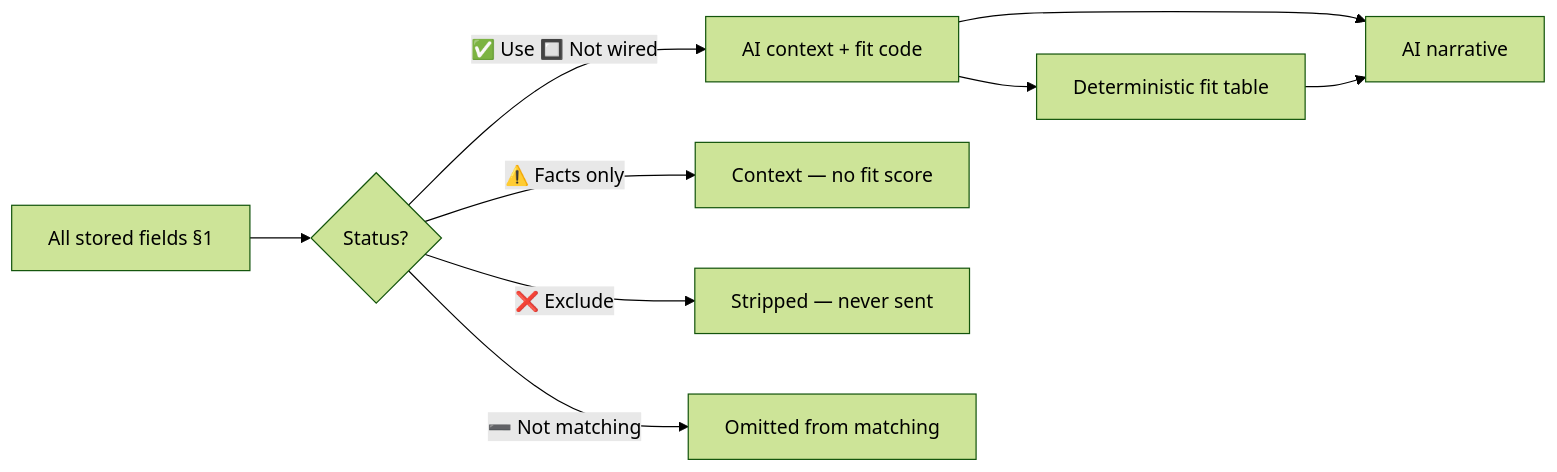
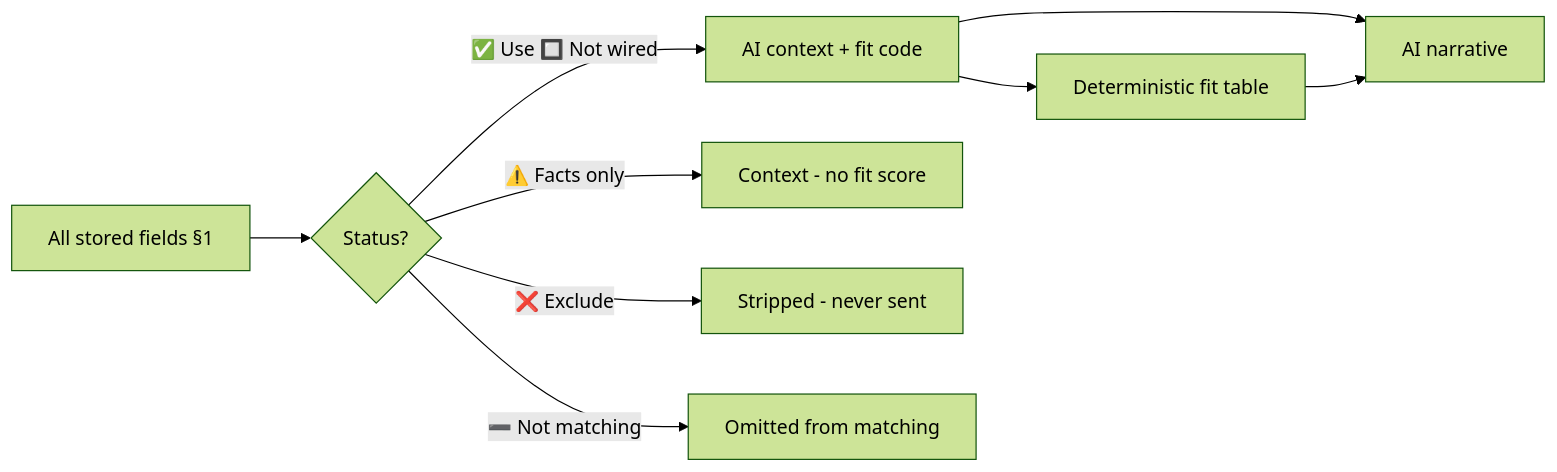
Before and after one commit to robertsalta-wq/quni-living: the diagram in docs/ai-matching-criteria-policy.md, drawn with Mermaid (forest theme). The commit also changed other lines of this file and 393 other files, not shown here.

````diff
--- a/docs/ai-matching-criteria-policy.md
+++ b/docs/ai-matching-criteria-policy.md
@@ -320,11 +320,11 @@
 ```mermaid
 flowchart LR
   ALL[All stored fields §1] --> FILTER{Status?}
   FILTER -->|✅ Use 🔲 Not wired| CTX[AI context + fit code]
-  FILTER -->|⚠️ Facts only| CTX2[Context — no fit score]
-  FILTER -->|❌ Exclude| DROP[Stripped — never sent]
+  FILTER -->|⚠️ Facts only| CTX2[Context - no fit score]
+  FILTER -->|❌ Exclude| DROP[Stripped - never sent]
   FILTER -->|➖ Not matching| SKIP[Omitted from matching]
   CTX --> FIT[Deterministic fit table]
   CTX --> AI[AI narrative]
   FIT --> AI
 ```
````
